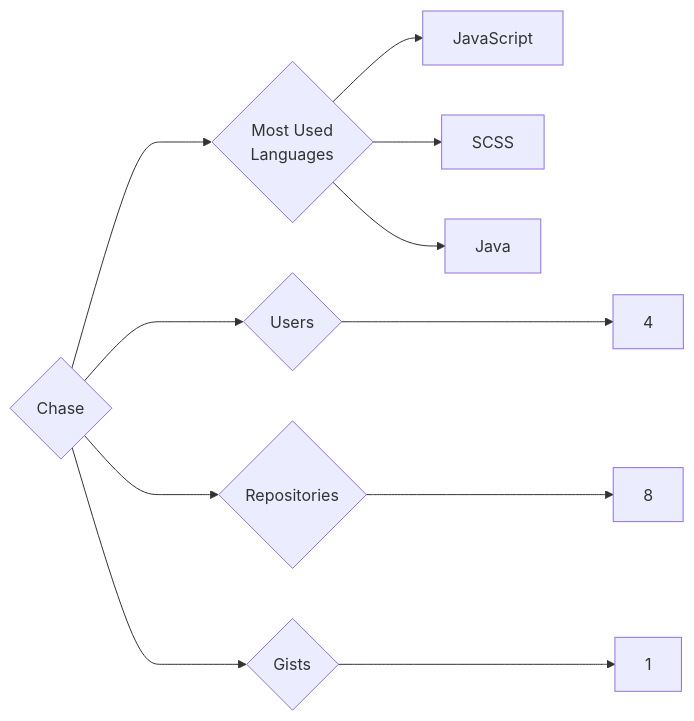
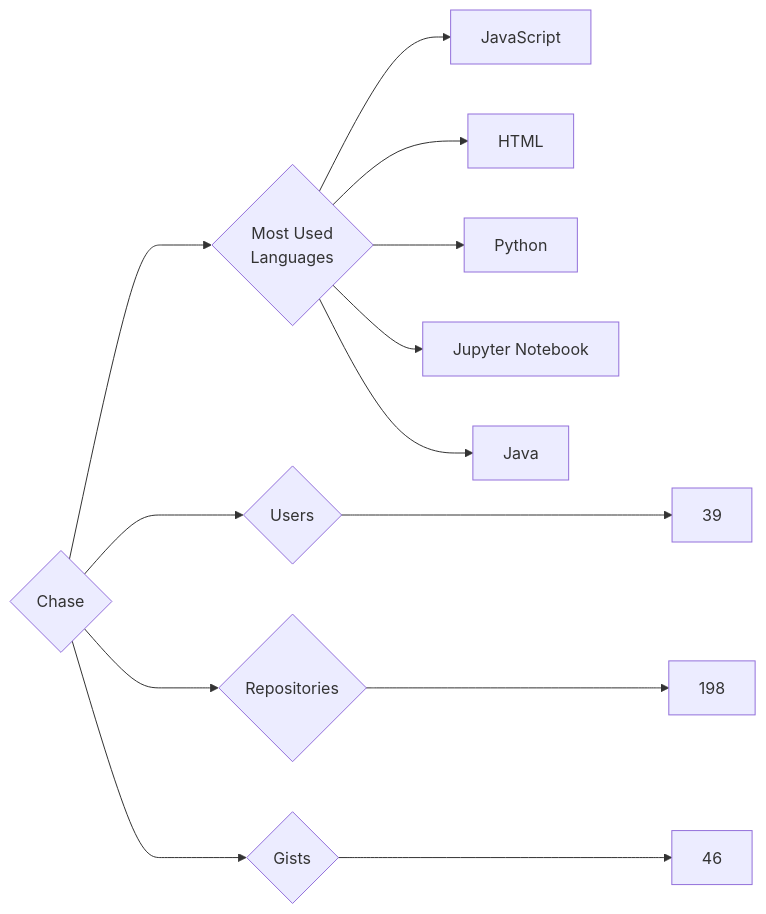
Before and after one commit to trickest/insiders: the diagram in targets/Chase/README.md, drawn with Mermaid. The commit also changed 715 other files, not shown here.

````diff
--- a/targets/Chase/README.md
+++ b/targets/Chase/README.md
@@ -3,11 +3,13 @@
 ```mermaid
 graph LR
 COMPANY_NAME{Chase}
-COMPANY_NAME ---> U{Users} ---> UN[4]
-COMPANY_NAME ---> R{Repositories} ---> RN[8]
-COMPANY_NAME ---> G{Gists} ---> GN[1]
+COMPANY_NAME ---> U{Users} ---> UN[39]
+COMPANY_NAME ---> R{Repositories} ---> RN[198]
+COMPANY_NAME ---> G{Gists} ---> GN[46]
 COMPANY_NAME ---> ML{Most Used<br>Languages}
 ML --> JavaScript[JavaScript]
-ML --> SCSS[SCSS]
+ML --> HTML[HTML]
+ML --> Python[Python]
+ML --> Jupyter_Notebook[Jupyter Notebook]
 ML --> Java[Java]
 ```
````
